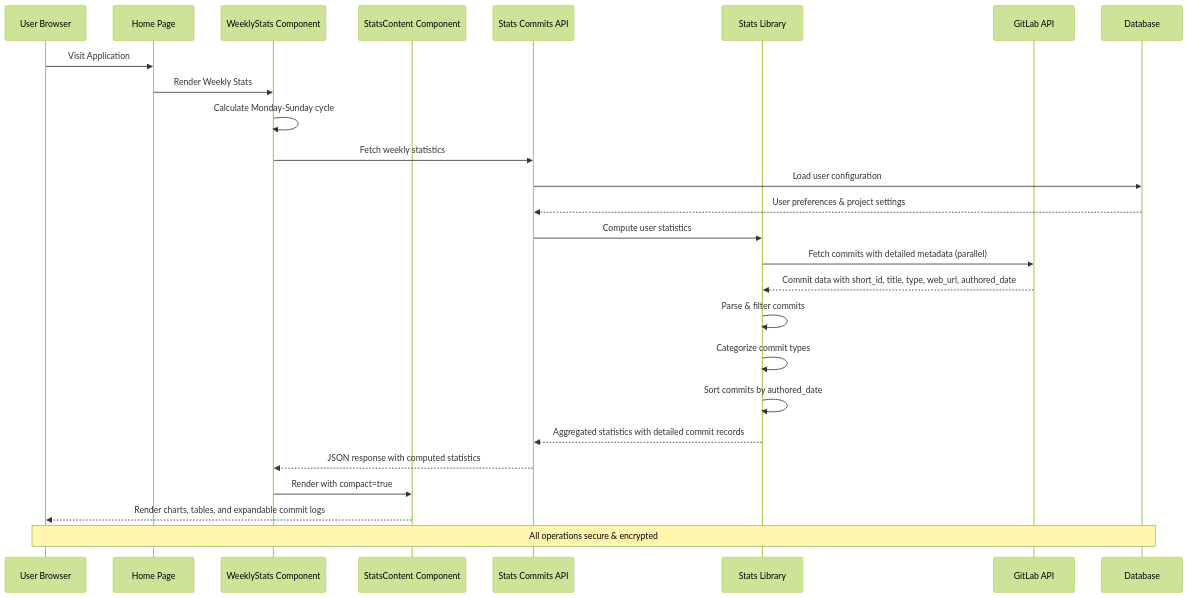
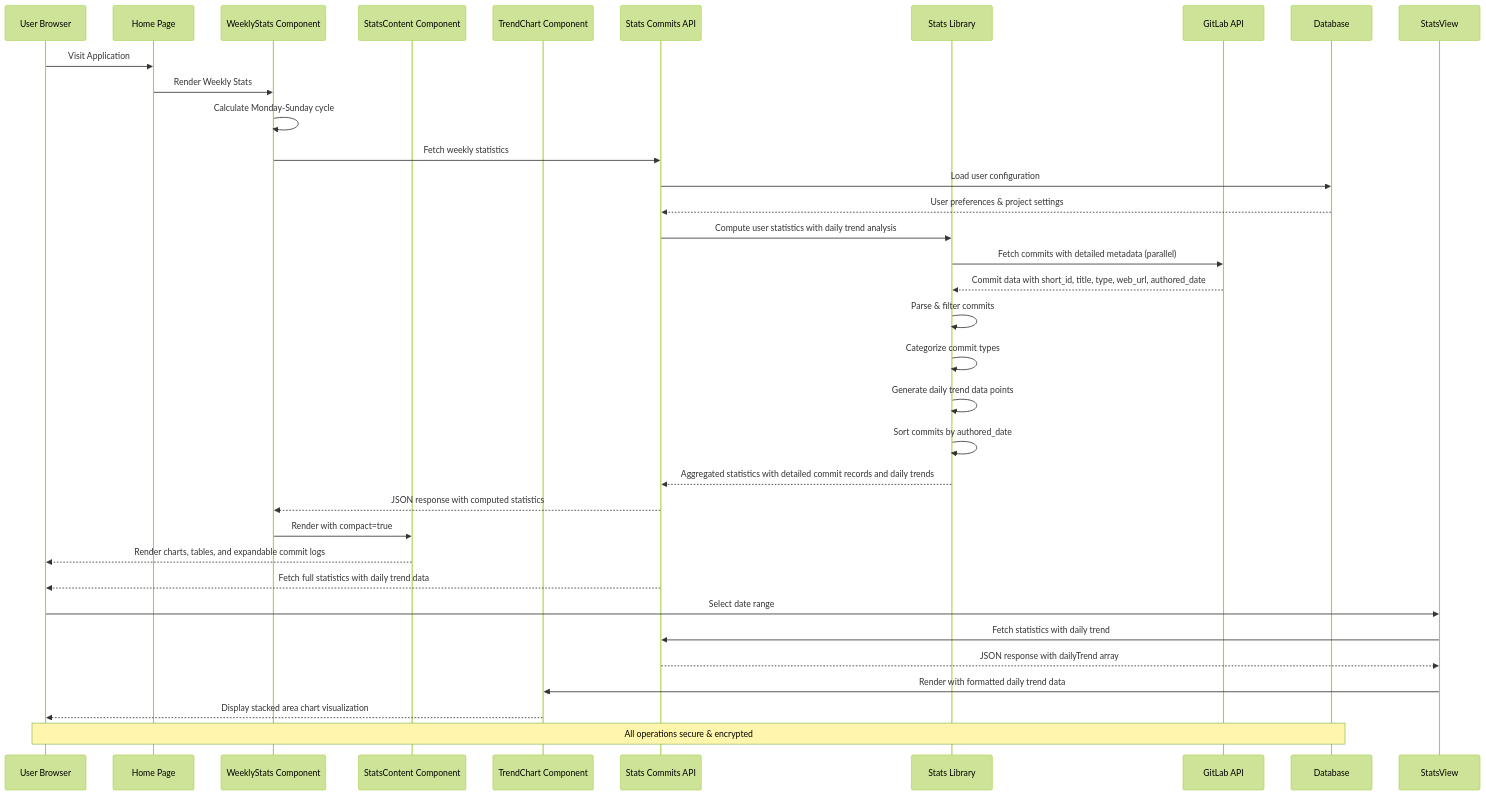
Before and after one commit to jrj444/git-daily: the second of 9 diagrams in .qoder/repowiki/en/content/Frontend Components/Commit Statistics Dashboard.md, drawn with Mermaid (forest theme). The commit also changed other lines of this file and 16 other files, not shown here.

````diff
--- a/.qoder/repowiki/en/content/Frontend Components/Commit Statistics Dashboard.md
+++ b/.qoder/repowiki/en/content/Frontend Components/Commit Statistics Dashboard.md
@@ -149,28 +165,36 @@
 ```mermaid
 sequenceDiagram
 participant User as User Browser
 participant HomePage as Home Page
 participant WeeklyStats as WeeklyStats Component
 participant StatsContent as StatsContent Component
+participant TrendChart as TrendChart Component
 participant API as Stats Commits API
 participant StatsLib as Stats Library
 participant GitLab as GitLab API
 participant DB as Database
 User->>HomePage : Visit Application
 HomePage->>WeeklyStats : Render Weekly Stats
 WeeklyStats->>WeeklyStats : Calculate Monday-Sunday cycle
 WeeklyStats->>API : Fetch weekly statistics
 API->>DB : Load user configuration
 DB-->>API : User preferences & project settings
-API->>StatsLib : Compute user statistics
+API->>StatsLib : Compute user statistics with daily trend analysis
 StatsLib->>GitLab : Fetch commits with detailed metadata (parallel)
 GitLab-->>StatsLib : Commit data with short_id, title, type, web_url, authored_date
 StatsLib->>StatsLib : Parse & filter commits
 StatsLib->>StatsLib : Categorize commit types
+StatsLib->>StatsLib : Generate daily trend data points
 StatsLib->>StatsLib : Sort commits by authored_date
-StatsLib-->>API : Aggregated statistics with detailed commit records
+StatsLib-->>API : Aggregated statistics with detailed commit records and daily trends
 API-->>WeeklyStats : JSON response with computed statistics
 WeeklyStats->>StatsContent : Render with compact=true
 StatsContent-->>User : Render charts, tables, and expandable commit logs
+API-->>User : Fetch full statistics with daily trend data
+User->>StatsView : Select date range
+StatsView->>API : Fetch statistics with daily trend
+API-->>StatsView : JSON response with dailyTrend array
+StatsView->>TrendChart : Render with formatted daily trend data
+TrendChart-->>User : Display stacked area chart visualization
 Note over User,DB : All operations secure & encrypted
 ```
````
